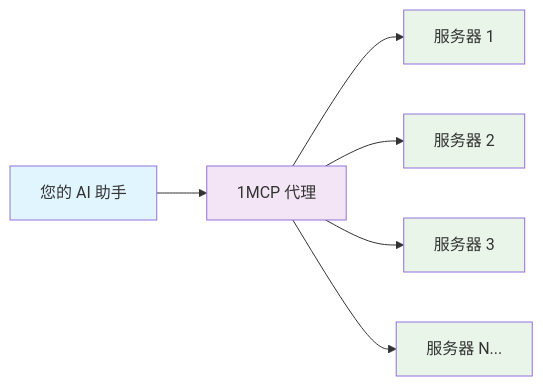
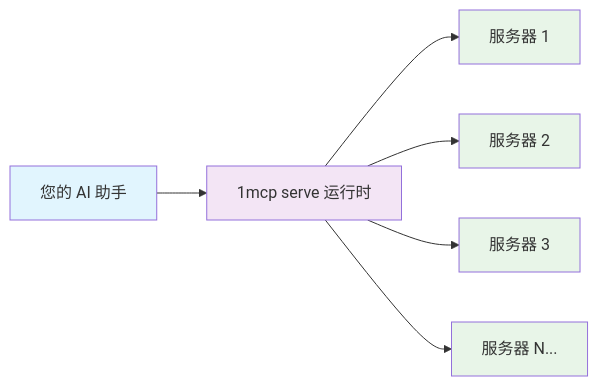
One commit to 1mcp-app/agent changed the diagram in docs/zh/guide/essentials/core-features.md. Above: the diagram before and after it, drawn with Mermaid. The commit also changed other lines of this file and 30 other files, not shown here.

````diff
--- a/docs/zh/guide/essentials/core-features.md
+++ b/docs/zh/guide/essentials/core-features.md
@@ -20,15 +20,15 @@
 ```mermaid
 graph LR
-    A[您的 AI 助手] --> B[1MCP 代理]
+    A[您的 AI 助手] --> B[1mcp serve 运行时]
     B --> C[服务器 1]
     B --> D[服务器 2]
     B --> E[服务器 3]
     B --> F[服务器 N...]
 
     style A fill:#e1f5fe
     style B fill:#f3e5f5
     style C fill:#e8f5e8
     style D fill:#e8f5e8
     style E fill:#e8f5e8
     style F fill:#e8f5e8
 ```
````
